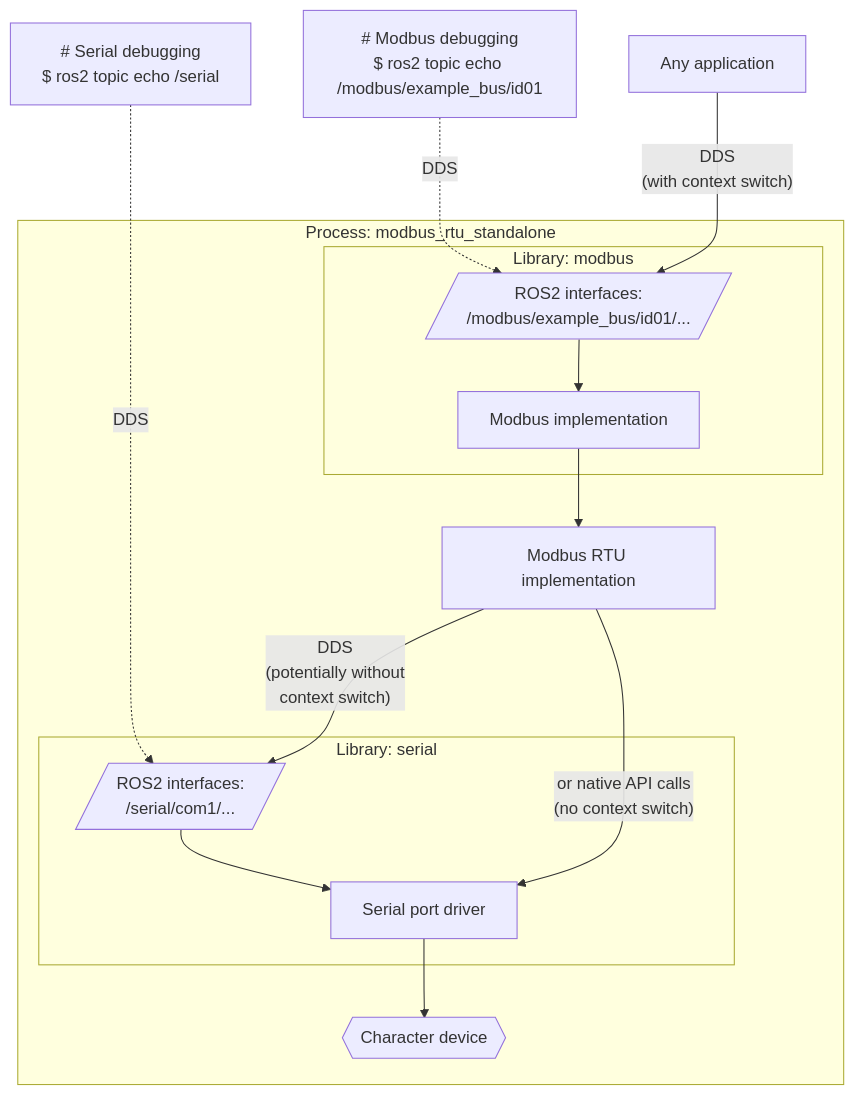
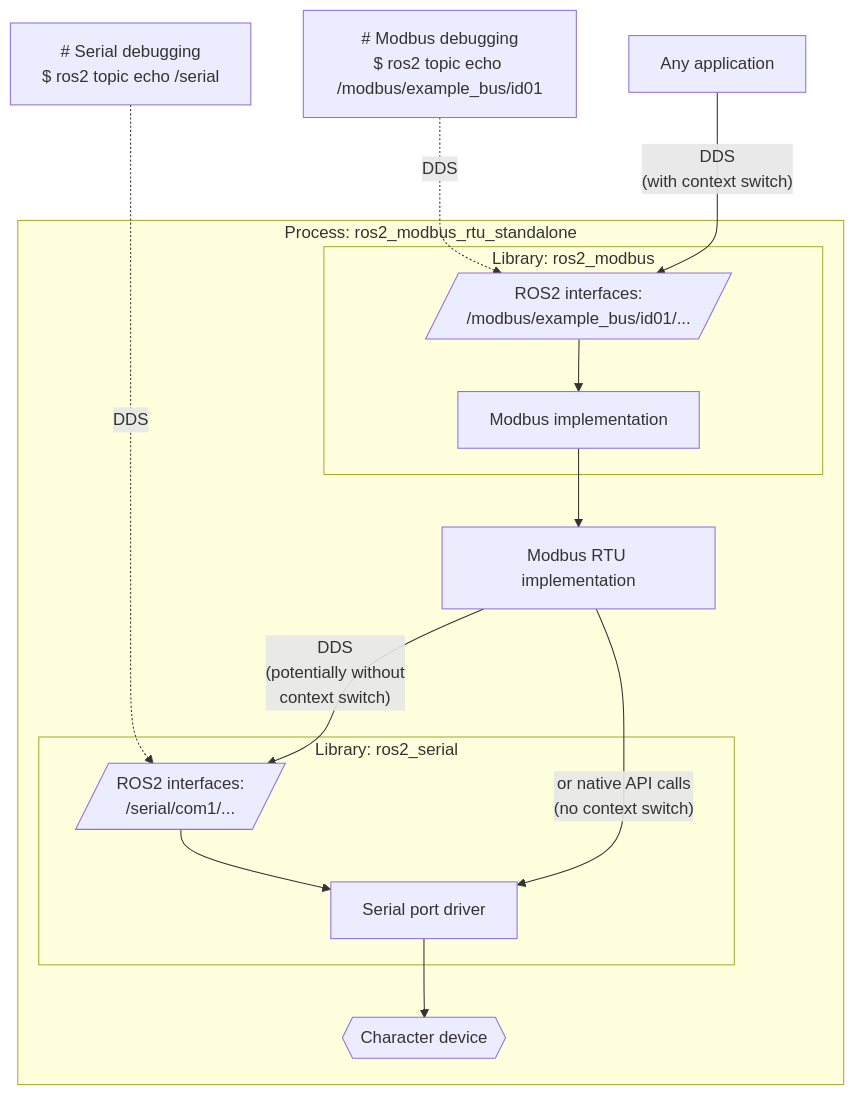
Before and after one commit to openvmp/modbus_rtu: the first of 2 diagrams in README.md, drawn with Mermaid. The commit also changed other lines of this file and 14 other files, not shown here.

````diff
--- a/README.md
+++ b/README.md
@@ -42,18 +42,18 @@
 ```mermaid
 flowchart TB
     cli["# Modbus debugging\n$ ros2 topic echo /modbus/example_bus/id01"] -. "DDS" .-> topic_modbus
     app["Any application"] -- "DDS\n(with context switch)" --> topic_modbus
     cli_serial["# Serial debugging\n$ ros2 topic echo /serial"] -. "DDS" ....-> topic_serial[/ROS2 interfaces:\n/serial/com1/.../]
-    subgraph modbus_exe["Process: modbus_rtu_standalone"]
-      subgraph modbus["Library: modbus"]
+    subgraph modbus_exe["Process: ros2_modbus_rtu_standalone"]
+      subgraph modbus["Library: ros2_modbus"]
         topic_modbus[/ROS2 interfaces:\n/modbus/example_bus/id01/.../] --> driver_modbus["Modbus implementation"]
       end
-      subgraph serial["Library: serial"]
+      subgraph serial["Library: ros2_serial"]
         topic_serial --> driver["Serial port driver"]
       end
       driver_modbus --> rtu["Modbus RTU implementation"]
       rtu -- "DDS\n(potentially without\ncontext switch)" --> topic_serial
       rtu -- "or native API calls\n(no context switch)" --> driver
       driver --> file{{"Character device"}}
     end
 ```
````
